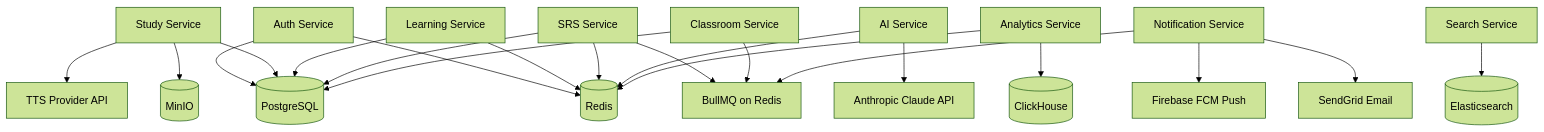
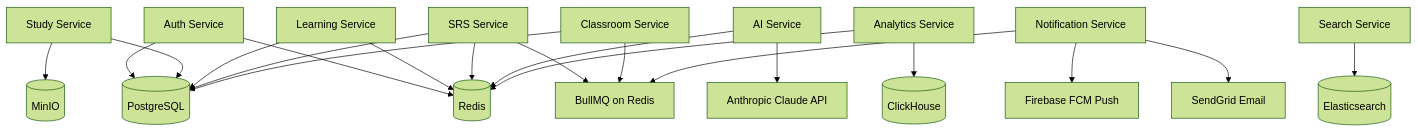
One commit to Imba-Team/app changed the second of 4 diagrams in docs/Mimir_Roadmap_v1.md. Above: the diagram before and after it, drawn with Mermaid (forest theme). The commit also changed other lines of this file and 1 other file, not shown here.

First line of the commit message:
docs: defer TTS and Spell Mode to post-MVP (v1.1)

````diff
--- a/docs/Mimir_Roadmap_v1.md
+++ b/docs/Mimir_Roadmap_v1.md
@@ -142,34 +139,32 @@
 ```mermaid
 graph TD
   PG[(PostgreSQL)]
   REDIS[(Redis)]
   ES[(Elasticsearch)]
   CH[(ClickHouse)]
   MINIO[(MinIO)]
   BULL[BullMQ on Redis]
   CLAUDE[Anthropic Claude API]
-  TTSAPI[TTS Provider API]
   SENDGRID[SendGrid Email]
   FCM[Firebase FCM Push]
 
   AUTH_SVC[Auth Service] --> PG
   AUTH_SVC --> REDIS
   STUDY_SVC[Study Service] --> PG
   STUDY_SVC --> MINIO
-  STUDY_SVC --> TTSAPI
   LEARN_SVC[Learning Service] --> PG
   LEARN_SVC --> REDIS
   SRS_SVC[SRS Service] --> PG
   SRS_SVC --> REDIS
   SRS_SVC --> BULL
   AI_SVC[AI Service] --> CLAUDE
   AI_SVC --> REDIS
   CLASS_SVC[Classroom Service] --> PG
   CLASS_SVC --> BULL
   SEARCH_SVC[Search Service] --> ES
   NOTIF_SVC[Notification Service] --> BULL
   NOTIF_SVC --> SENDGRID
   NOTIF_SVC --> FCM
   ANAL_SVC[Analytics Service] --> CH
   ANAL_SVC --> REDIS
 ```
````
